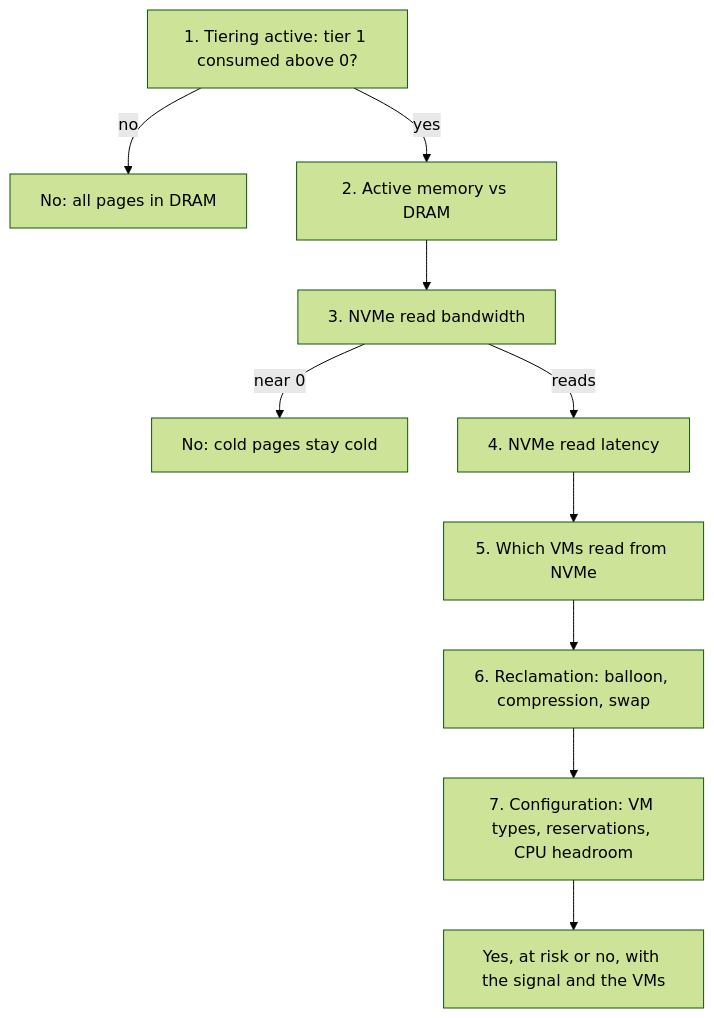
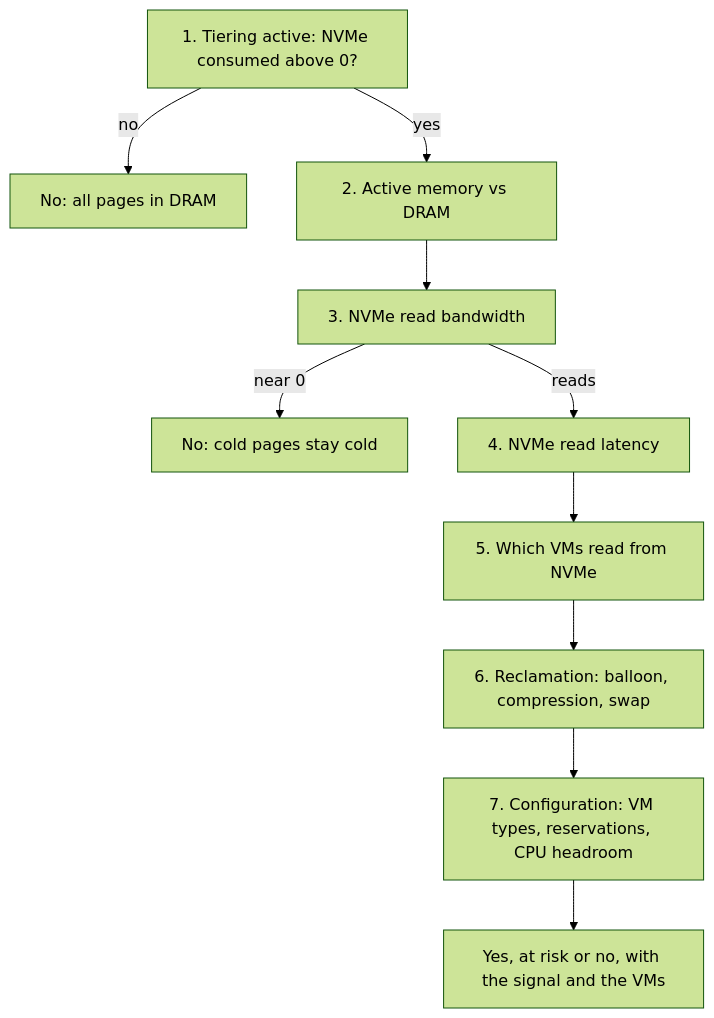
Before and after one commit to e1-rahabok/agent-e2: the diagram in knowledge/vsphere/technology/memory/decision-tree/is-memory-tiering-slowing-host.md, drawn with Mermaid (forest theme). The commit also changed other lines of this file and 7 other files, not shown here.

First line of the commit message:
Memory tiering wording: DRAM and NVMe, and the DRAM Memory Consumed row

````diff
--- a/knowledge/vsphere/technology/memory/decision-tree/is-memory-tiering-slowing-host.md
+++ b/knowledge/vsphere/technology/memory/decision-tree/is-memory-tiering-slowing-host.md
@@ -9,12 +9,12 @@
 ```mermaid
 flowchart TD
-  S1[1. Tiering active: tier 1 consumed above 0?] -->|no| E1[No: all pages in DRAM]
+  S1[1. Tiering active: NVMe consumed above 0?] -->|no| E1[No: all pages in DRAM]
   S1 -->|yes| S2[2. Active memory vs DRAM]
   S2 --> S3[3. NVMe read bandwidth]
   S3 -->|near 0| E3[No: cold pages stay cold]
   S3 -->|reads| S4[4. NVMe read latency]
   S4 --> S5[5. Which VMs read from NVMe]
   S5 --> S6[6. Reclamation: balloon, compression, swap]
   S6 --> S7[7. Configuration: VM types, reservations, CPU headroom]
   S7 --> E7[Yes, at risk or no, with the signal and the VMs]
 ```
````
